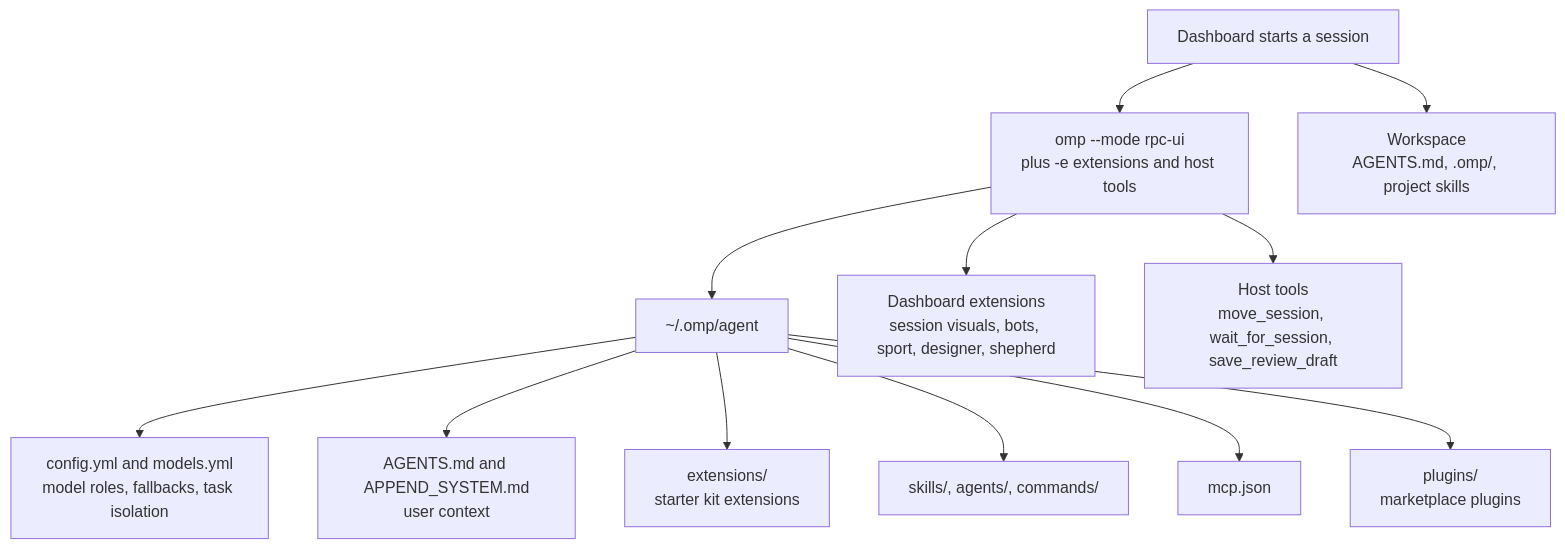
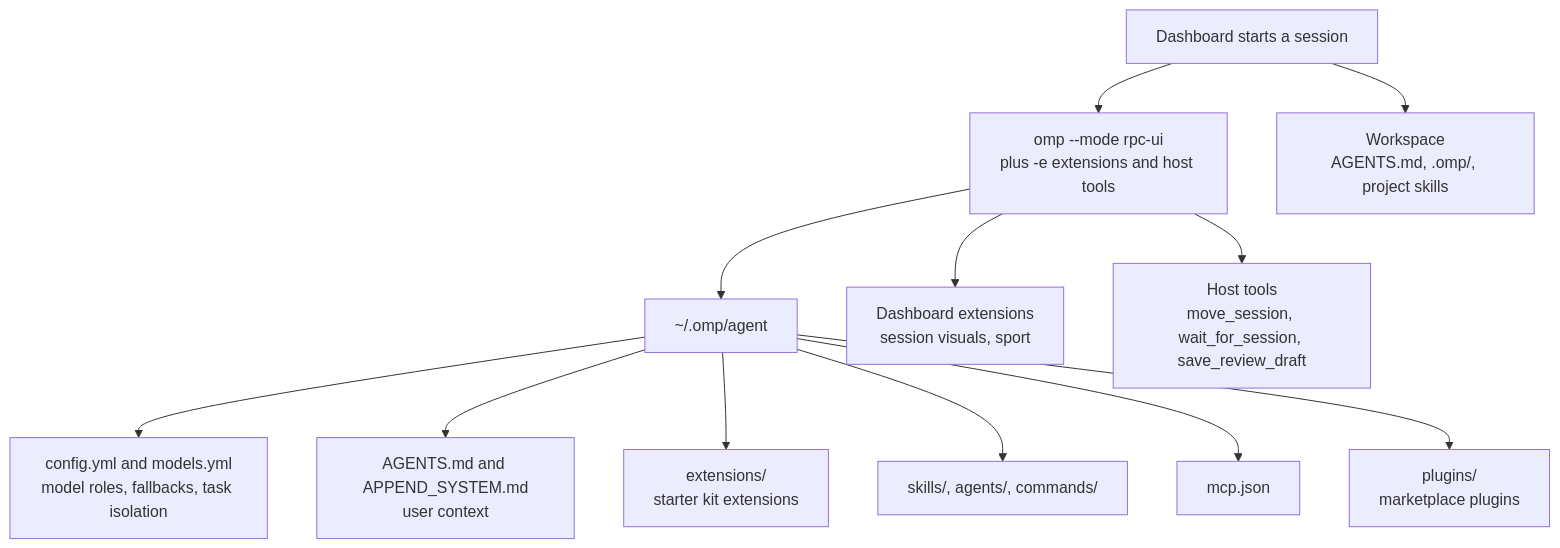
The second of 5 diagrams in docs/architecture/harness-map.md (MaisonnatM/omp-agents), drawn with Mermaid before and after one commit. The commit also changed other lines of this file and 251 other files, not shown here.

````diff
--- a/docs/architecture/harness-map.md
+++ b/docs/architecture/harness-map.md
@@ -28,14 +28,14 @@
 ```mermaid
 flowchart TD
   start["Dashboard starts a session"] --> args["omp --mode rpc-ui<br/>plus -e extensions and host tools"]
   args --> agent["~/.omp/agent"]
   agent --> cfg["config.yml and models.yml<br/>model roles, fallbacks, task isolation"]
   agent --> ctx["AGENTS.md and APPEND_SYSTEM.md<br/>user context"]
   agent --> ext["extensions/<br/>starter kit extensions"]
   agent --> skills["skills/, agents/, commands/"]
   agent --> mcp["mcp.json"]
   agent --> plugins["plugins/<br/>marketplace plugins"]
-  args --> dash["Dashboard extensions<br/>session visuals, bots, sport, designer, shepherd"]
+  args --> dash["Dashboard extensions<br/>session visuals, sport"]
   args --> host["Host tools<br/>move_session, wait_for_session, save_review_draft"]
   start --> project["Workspace<br/>AGENTS.md, .omp/, project skills"]
 ```
````
